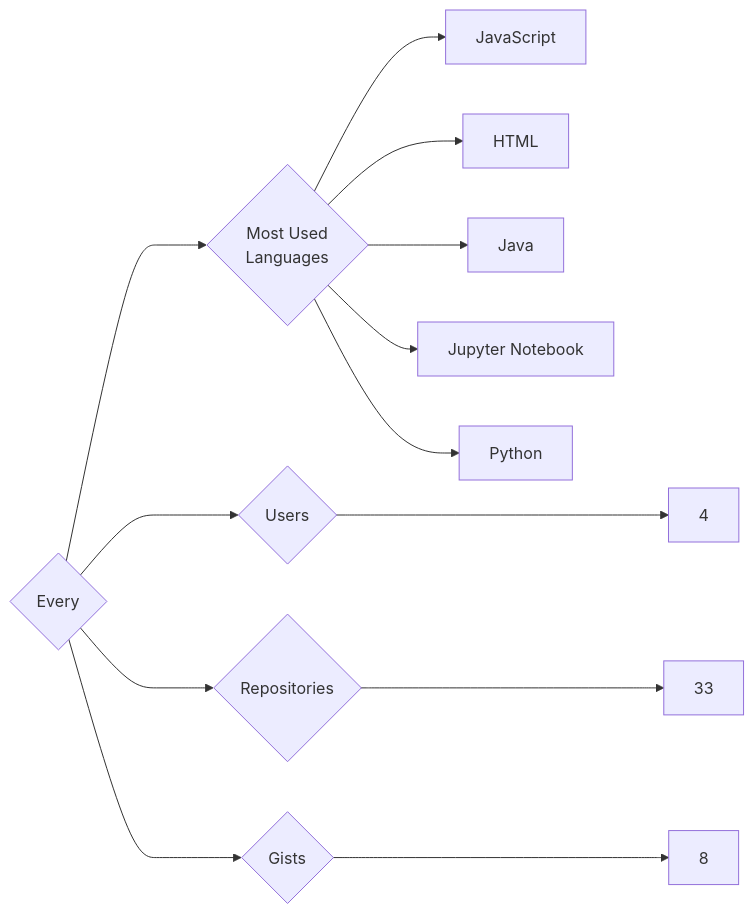
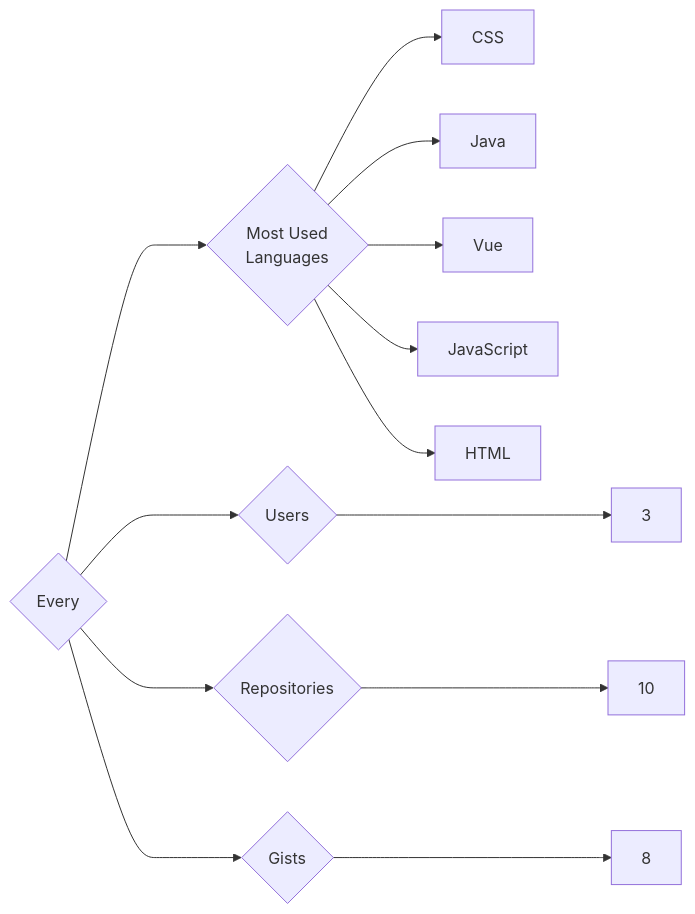
The diagram in targets/Every/README.md (trickest/insiders), drawn with Mermaid before and after one commit. The commit also changed 985 other files, not shown here.

````diff
--- a/targets/Every/README.md
+++ b/targets/Every/README.md
@@ -3,13 +3,13 @@
 ```mermaid
 graph LR
 COMPANY_NAME{Every}
-COMPANY_NAME ---> U{Users} ---> UN[4]
-COMPANY_NAME ---> R{Repositories} ---> RN[33]
+COMPANY_NAME ---> U{Users} ---> UN[3]
+COMPANY_NAME ---> R{Repositories} ---> RN[10]
 COMPANY_NAME ---> G{Gists} ---> GN[8]
 COMPANY_NAME ---> ML{Most Used<br>Languages}
+ML --> CSS[CSS]
+ML --> Java[Java]
+ML --> Vue[Vue]
 ML --> JavaScript[JavaScript]
 ML --> HTML[HTML]
-ML --> Java[Java]
-ML --> Jupyter_Notebook[Jupyter Notebook]
-ML --> Python[Python]
 ```
````
